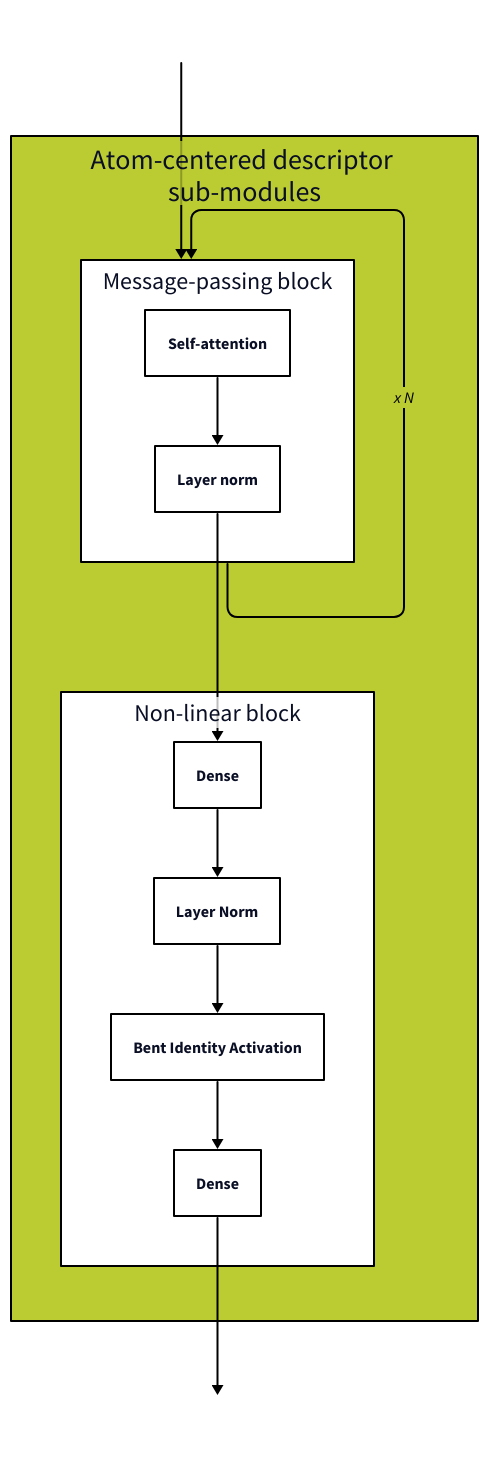
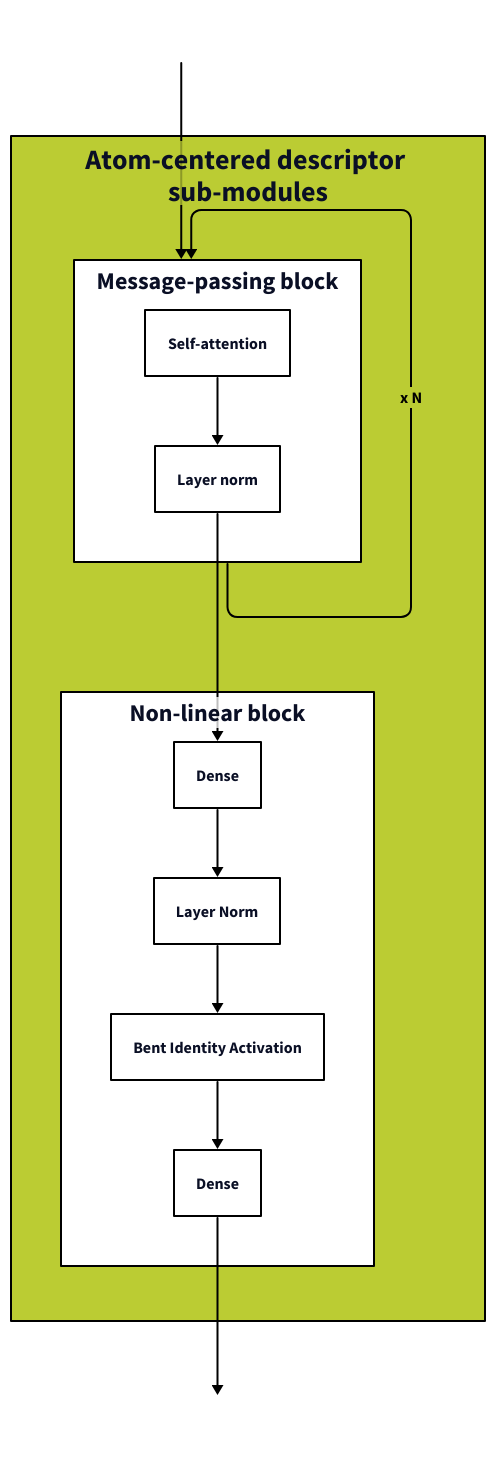
Before and after one commit to SamsungDS/gears_h: the diagram in architecture_figures/2b_ac_submodules.d2, drawn with D2. The commit also changed 5 other files, not shown here.

Commit message:
Update architecture figures

```diff
--- a/architecture_figures/2b_ac_submodules.d2
+++ b/architecture_figures/2b_ac_submodules.d2
@@ -1,111 +1,113 @@
 ac: Atom-centered descriptor \n sub-modules {
     class: ac
     mp_block:  Message-passing block {
         class: in_module
         direction: right
         sa: Self-attention {class: in_module}
         mpln: Layer norm{class: in_module}
         sa -> mpln: {style: {stroke: "#000000"; font-color: black}}
         # mpln -> sa: x number of message-passing steps {style: {stroke: "#000000"; font-color: black}}
     }
     nl_block: Non-linear block {
         class: in_module
         nld1: Dense {class: in_module}
         nld2: Dense {class: in_module}
         nlln: Layer Norm {class: in_module}
         nlbia: Bent Identity Activation {class: in_module}
         nld1 -> nlln -> nlbia -> nld2: {style: {stroke: "#000000"; font-color: black}}
     }
-    mp_block -> mp_block: x N {style: {stroke: "#000000"; font-color: black}}
+    mp_block -> mp_block: x N {style: {stroke: "#000000"; font-color: black; bold: true}}
 
     mp_block.mpln -> nl_block.nld1: {style: {stroke: "#000000"; font-color: black}}
 }
 embedding_for_rescon: {class: empty; label: ""}
 indexed_sum_for_mp: {class: empty; label: ""}
 indexed_sum_for_mp -> ac.mp_block: {style: {stroke: "#000000"; font-color: black}}
 nlout: {class: empty; label: ""}
 ac.nl_block.nld2 -> nlout: {style: {stroke: "#000000"; font-color: black}}
 
 # embedding_for_rescon -> ac.nl_block.nlrescon: Reesidual connection {style: {stroke: "#000000"; font-color: black}}
 
 classes: {
     operator: {shape: circle
                width: 35
                height: 35
                style: {fill: "#FFFFFF"
                        stroke: "#000000"
                     #    font: mono
                       }
     }
     empty: {
             # label: ""
             width: 50
             height: 50
             style: {
                 fill: transparent
                 stroke: transparent
                 font-size: 24
             }
     }
     sarb: {
         style: {
             fill: "#44BB99"
             stroke: "#000000"
         }
     }
     in_module: {
         style: {
             fill: "#FFFFFF"
             stroke: "#000000"
+            bold: true
             # opacity: 0.5
         }
     }
     ac: {
         style: {
             fill: "#BBCC33"
             stroke: "#000000"
+            bold: true
         }
     }
     bc: {
         style: {
             fill: "#EEDD88"
             stroke: "#000000"
         }
     }
     rd: {
         style: {
             fill: "#EE8866"
             stroke: "#000000"
         }
     }
     ro: {
         style: {
             fill: "#FFAABB"
             stroke: "#000000"
         }
     }
     outs: {
         style: {
             fill: "#DDDDDD"
             stroke: "#000000"
             multiple: true
         }
     }
     input : {
         # label: ""
         width: 50
         height: 50
         style: {
             fill: "#99DDFF"
             stroke: "#000000"
             multiple: true
         }
     }
 }
 
 vars: {
     d2-config: {
       layout-engine: elk
     #   theme-id: 101
     }
 }
```
